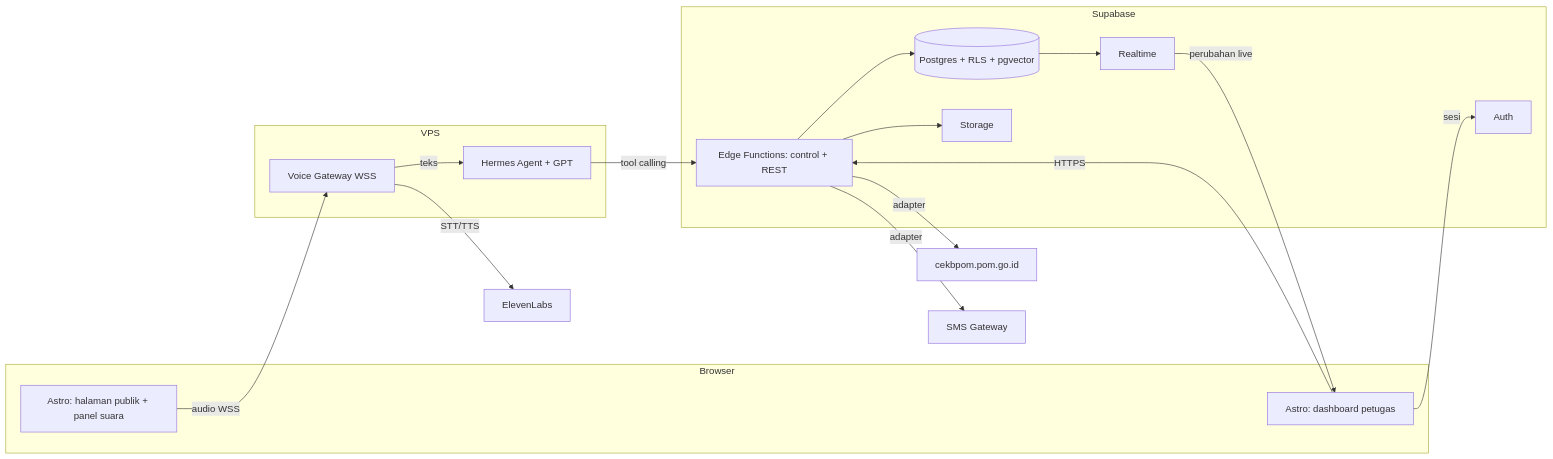
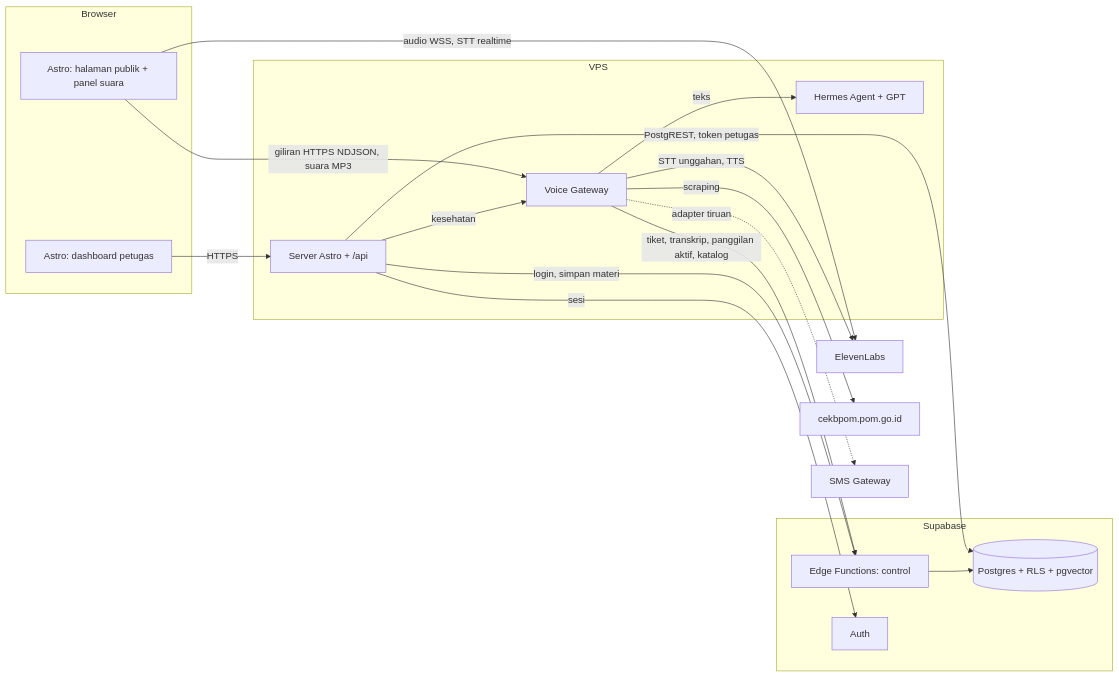
One commit to AgilePemdigi-2026/SigapBPOM changed the second of 3 diagrams in README.md. Above: the diagram before and after it, drawn with Mermaid. The commit also changed other lines of this file and 2 other files, not shown here.

First line of the commit message:
docs(readme): describe the built voice architecture and local setup

````diff
--- a/README.md
+++ b/README.md
@@ -141,30 +141,30 @@
 ```mermaid
 flowchart LR
   subgraph Browser
     P[Astro: halaman publik + panel suara]
     D[Astro: dashboard petugas]
   end
   subgraph VPS
-    G[Voice Gateway WSS]
+    W[Server Astro + /api]
+    G[Voice Gateway]
     H[Hermes Agent + GPT]
   end
   subgraph Supabase
-    EF[Edge Functions: control + REST]
+    EF[Edge Functions: control]
     DB[(Postgres + RLS + pgvector)]
-    RT[Realtime]
     AU[Auth]
-    ST[Storage]
   end
-  P -- audio WSS --> G
-  G -- STT/TTS --> EL[ElevenLabs]
+  P -- giliran HTTPS NDJSON, suara MP3 --> G
+  P -- audio WSS, STT realtime --> EL[ElevenLabs]
+  G -- STT unggahan, TTS --> EL
   G -- teks --> H
-  H -- tool calling --> EF
+  G -- scraping --> CB[cekbpom.pom.go.id]
+  G -- tiket, transkrip, panggilan aktif, katalog --> EF
+  G -. adapter tiruan .-> SMS[SMS Gateway]
+  D -- HTTPS --> W
+  W -- login, simpan materi --> EF
+  W -- PostgREST, token petugas --> DB
+  W -- sesi --> AU
+  W -- kesehatan --> G
   EF --> DB
-  EF -- adapter --> CB[cekbpom.pom.go.id]
-  EF -- adapter --> SMS[SMS Gateway]
-  D -- HTTPS --> EF
-  D -- sesi --> AU
-  RT -- perubahan live --> D
-  DB --> RT
-  EF --> ST
 ```
````
